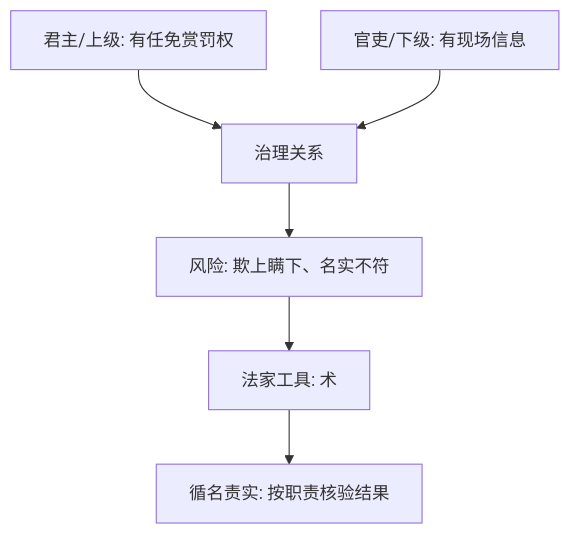
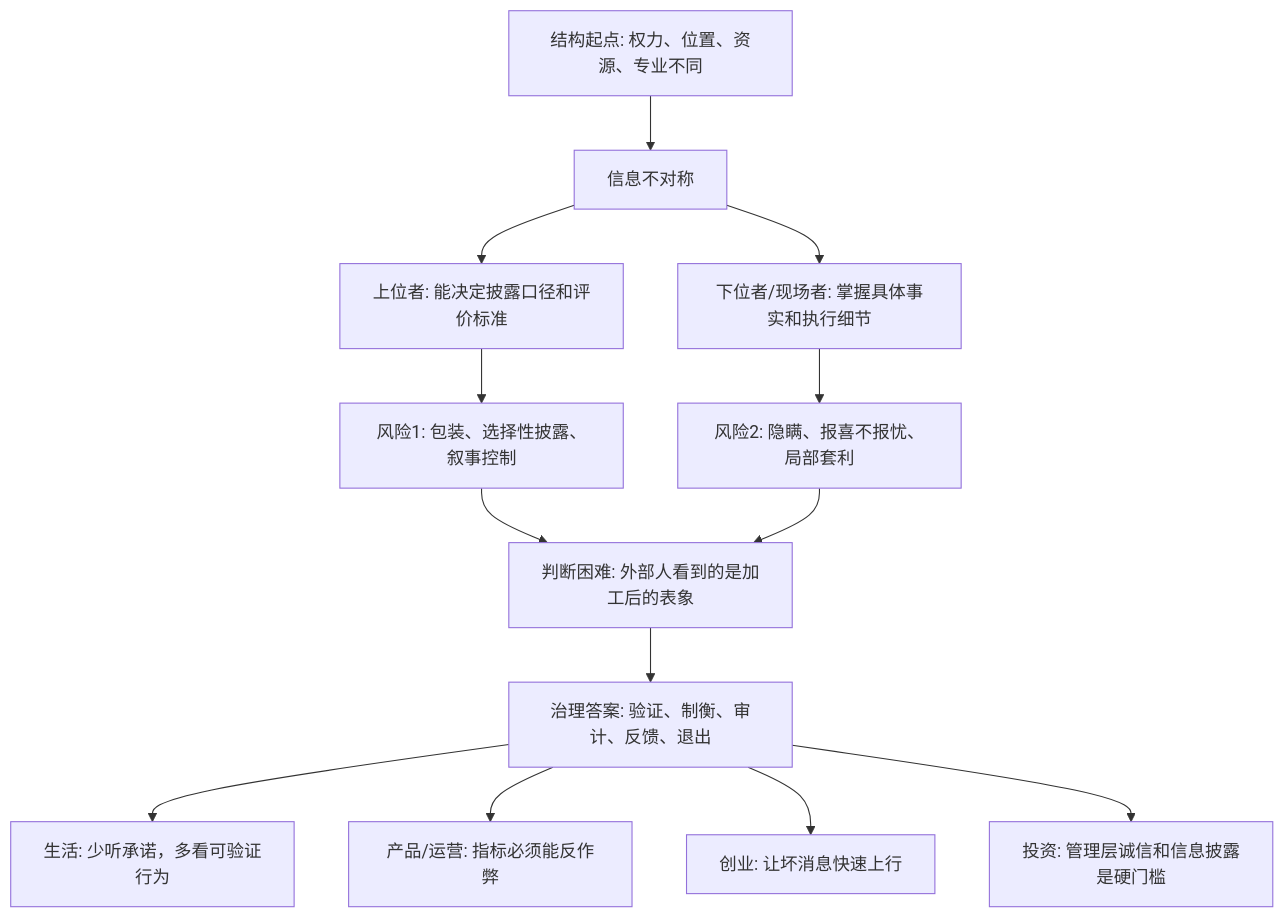
Before and after one commit to digoal/blog: the diagram in 202605/20260518_04.md, drawn with Mermaid. The commit also changed other lines of this file and 14 other files, not shown here.

````diff
--- a/202605/20260518_04.md
+++ b/202605/20260518_04.md
@@ -22,8 +24,15 @@
 ```mermaid
 flowchart TB
-  A["君主/上级: 有任免赏罚权"] --> C["治理关系"]
-  B["官吏/下级: 有现场信息"] --> C
-  C --> D["风险: 欺上瞒下、名实不符"]
-  D --> E["法家工具: 术"]
-  E --> F["循名责实: 按职责核验结果"]
+  A["结构起点: 权力、位置、资源、专业不同"] --> B["信息不对称"]
+  B --> C["上位者: 能决定披露口径和评价标准"]
+  B --> D["下位者/现场者: 掌握具体事实和执行细节"]
+  C --> E["风险1: 包装、选择性披露、叙事控制"]
+  D --> F["风险2: 隐瞒、报喜不报忧、局部套利"]
+  E --> G["判断困难: 外部人看到的是加工后的表象"]
+  F --> G
+  G --> H["治理答案: 验证、制衡、审计、反馈、退出"]
+  H --> I["生活: 少听承诺，多看可验证行为"]
+  H --> J["产品/运营: 指标必须能反作弊"]
+  H --> K["创业: 让坏消息快速上行"]
+  H --> L["投资: 管理层诚信和信息披露是硬门槛"]
 ```
````
